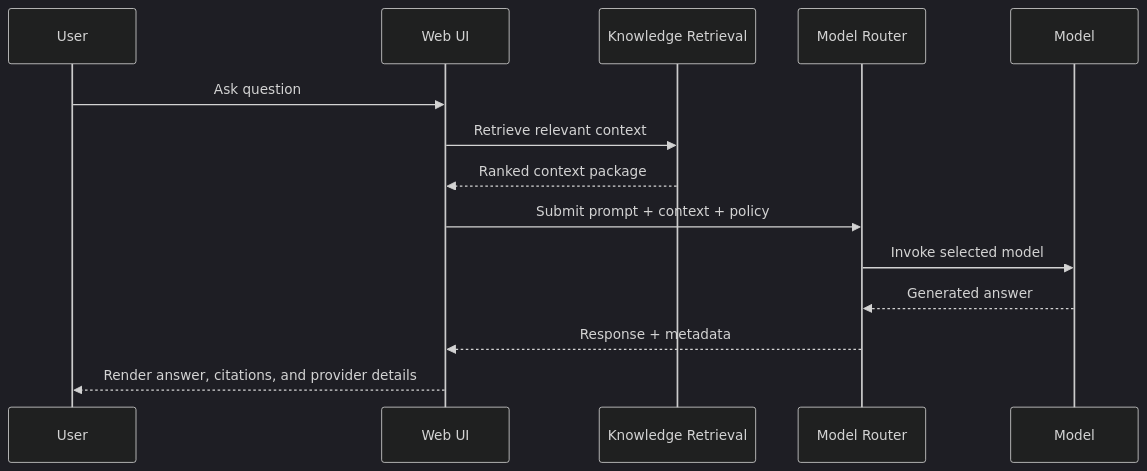
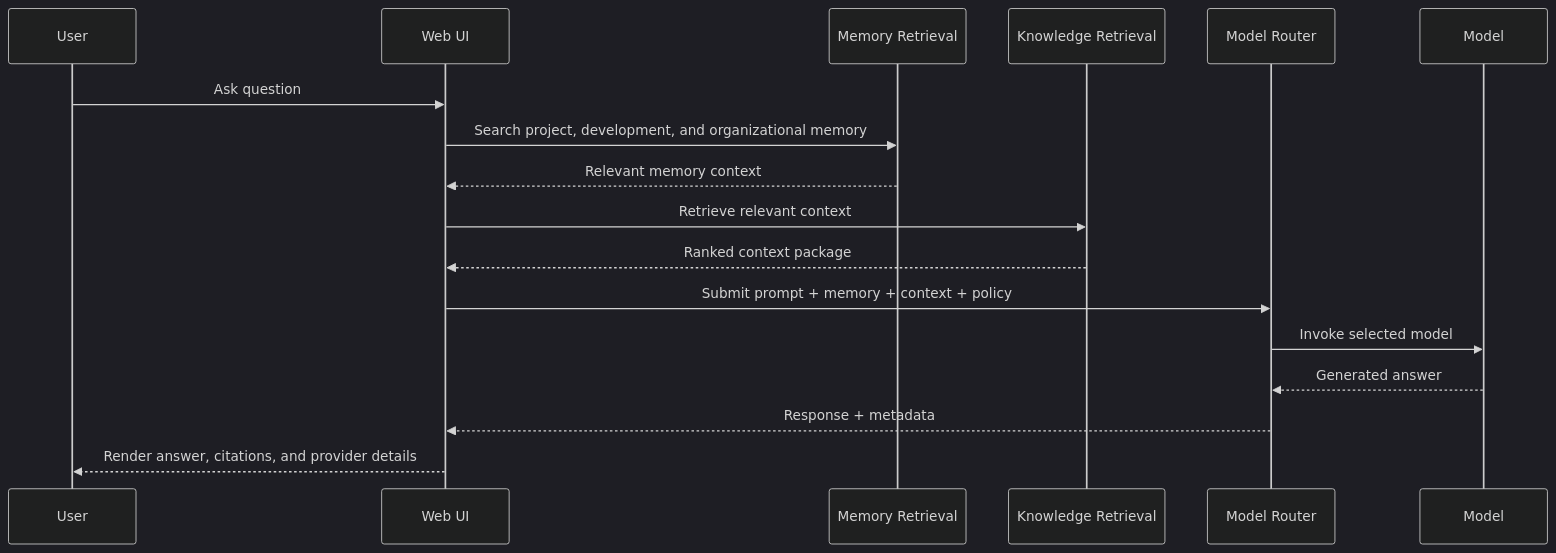
The fourth of 6 diagrams in docs/architecture.md (dcfrancisco/open-intelligence-platform), drawn with Mermaid (dark theme) before and after one commit. The commit also changed other lines of this file and 24 other files, not shown here.

````diff
--- a/docs/architecture.md
+++ b/docs/architecture.md
@@ -232,17 +428,20 @@
 ```mermaid
 sequenceDiagram
     participant U as User
     participant UI as Web UI
+    participant MX as Memory Retrieval
     participant KR as Knowledge Retrieval
     participant MR as Model Router
     participant M as Model
 
     U->>UI: Ask question
+    UI->>MX: Search project, development, and organizational memory
+    MX-->>UI: Relevant memory context
     UI->>KR: Retrieve relevant context
     KR-->>UI: Ranked context package
-    UI->>MR: Submit prompt + context + policy
+    UI->>MR: Submit prompt + memory + context + policy
     MR->>M: Invoke selected model
     M-->>MR: Generated answer
     MR-->>UI: Response + metadata
     UI-->>U: Render answer, citations, and provider details
 ```
````
